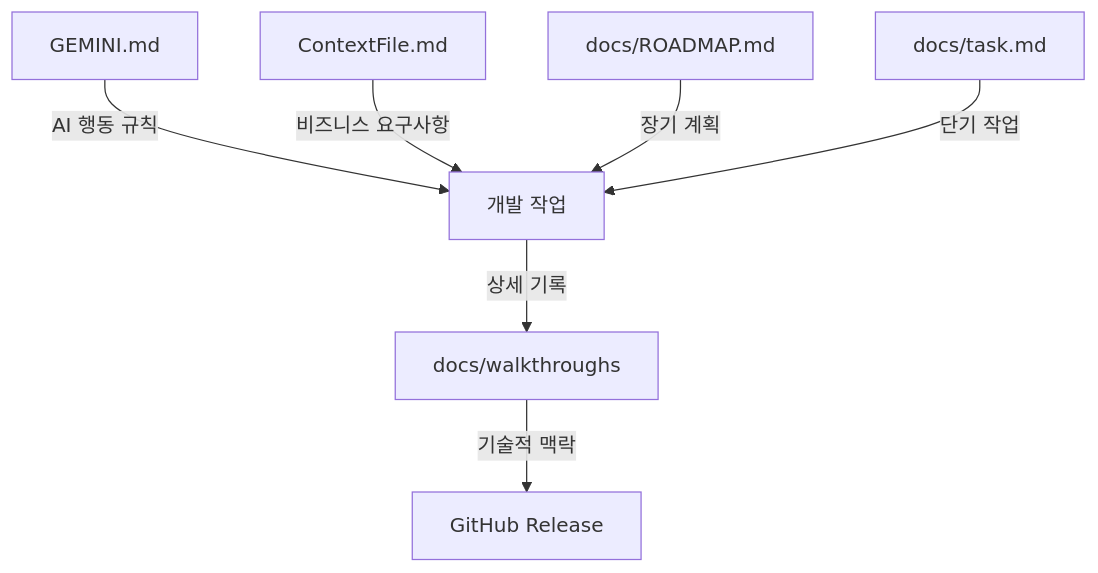
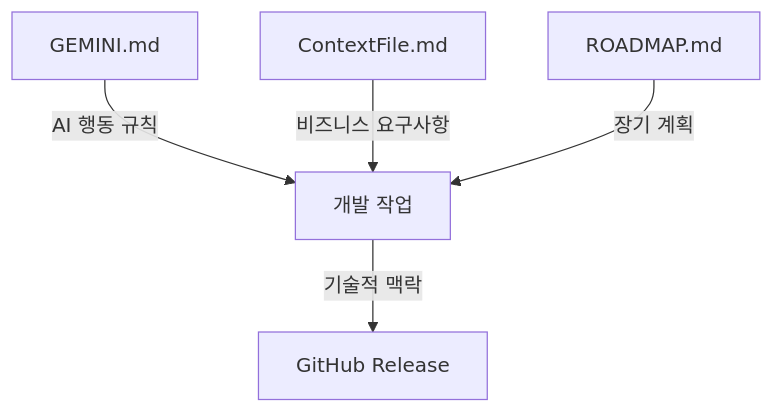
The second of 2 diagrams in README.md (deuxksy/today-vn-news), drawn with Mermaid before and after one commit. The commit also changed other lines of this file and 8 other files, not shown here.

````diff
--- a/README.md
+++ b/README.md
@@ -116,9 +113,7 @@
 ```mermaid
 graph TB
     A[GEMINI.md] -->|AI 행동 규칙| B[개발 작업]
     C[ContextFile.md] -->|비즈니스 요구사항| B
-    D[docs/ROADMAP.md] -->|장기 계획| B
-    E[docs/task.md] -->|단기 작업| B
-    B -->|상세 기록| G[docs/walkthroughs]
-    G -->|기술적 맥락| H[GitHub Release]
+    D[ROADMAP.md] -->|장기 계획| B
+    B -->|기술적 맥락| H[GitHub Release]
 ```
````
